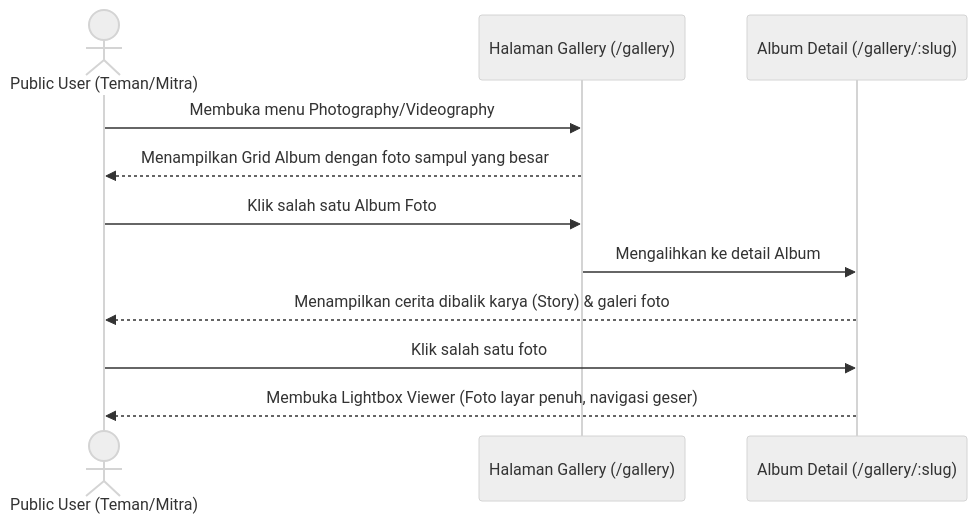
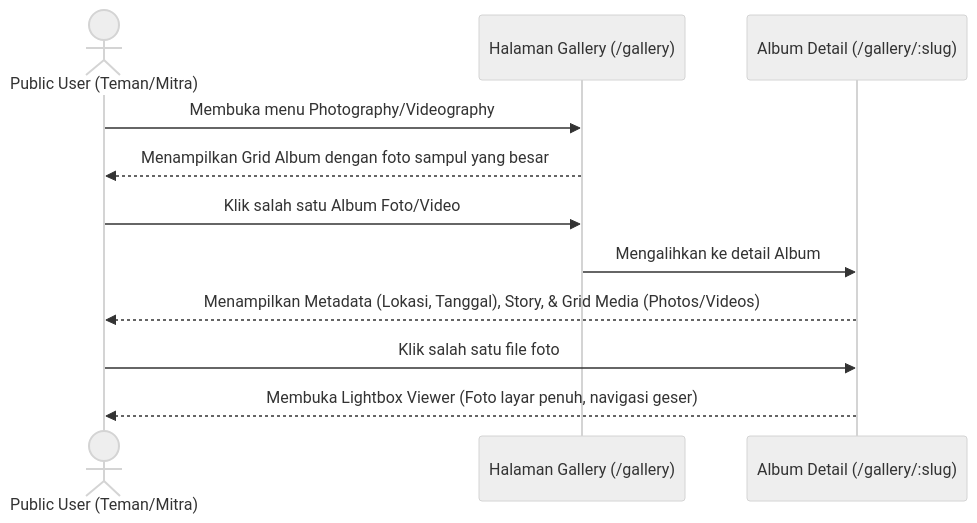
Before and after one commit to Abdullah12912/portofolio: the second of 5 diagrams in docs/01-product/User Flow.md, drawn with Mermaid (neutral theme). The commit also changed other lines of this file and 14 other files, not shown here.

````diff
--- a/docs/01-product/User Flow.md
+++ b/docs/01-product/User Flow.md
@@ -34,14 +34,14 @@
 ```mermaid
 sequenceDiagram
     actor User as Public User (Teman/Mitra)
     participant Gallery as Halaman Gallery (/gallery)
     participant Album as Album Detail (/gallery/:slug)
     
     User->>Gallery: Membuka menu Photography/Videography
     Gallery-->>User: Menampilkan Grid Album dengan foto sampul yang besar
-    User->>Gallery: Klik salah satu Album Foto
+    User->>Gallery: Klik salah satu Album Foto/Video
     Gallery->>Album: Mengalihkan ke detail Album
-    Album-->>User: Menampilkan cerita dibalik karya (Story) & galeri foto
-    User->>Album: Klik salah satu foto
+    Album-->>User: Menampilkan Metadata (Lokasi, Tanggal), Story, & Grid Media (Photos/Videos)
+    User->>Album: Klik salah satu file foto
     Album-->>User: Membuka Lightbox Viewer (Foto layar penuh, navigasi geser)
 ```
````
